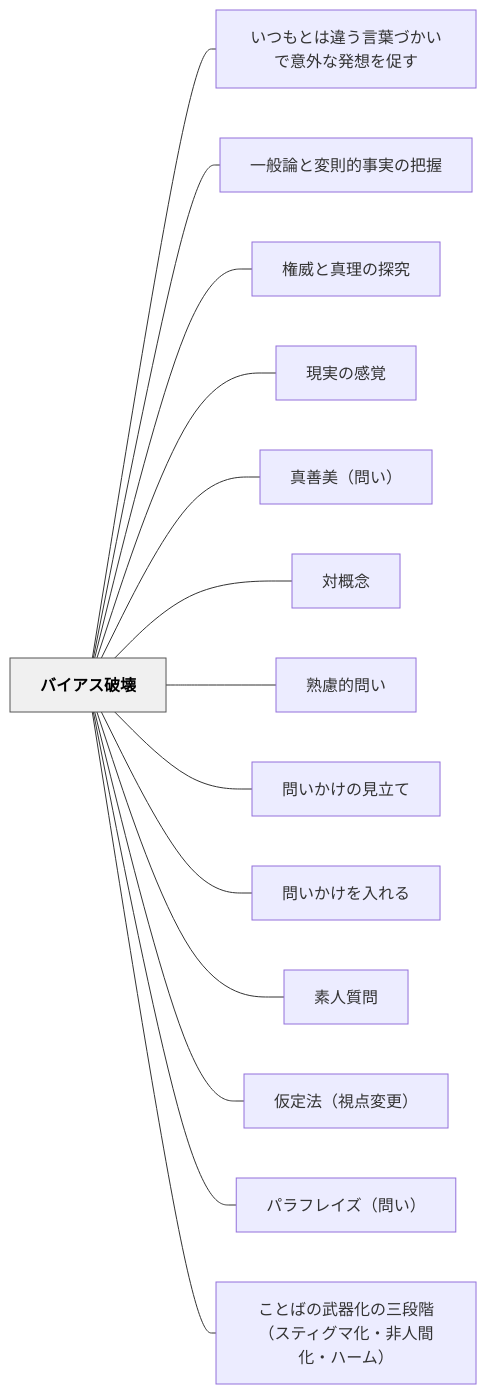
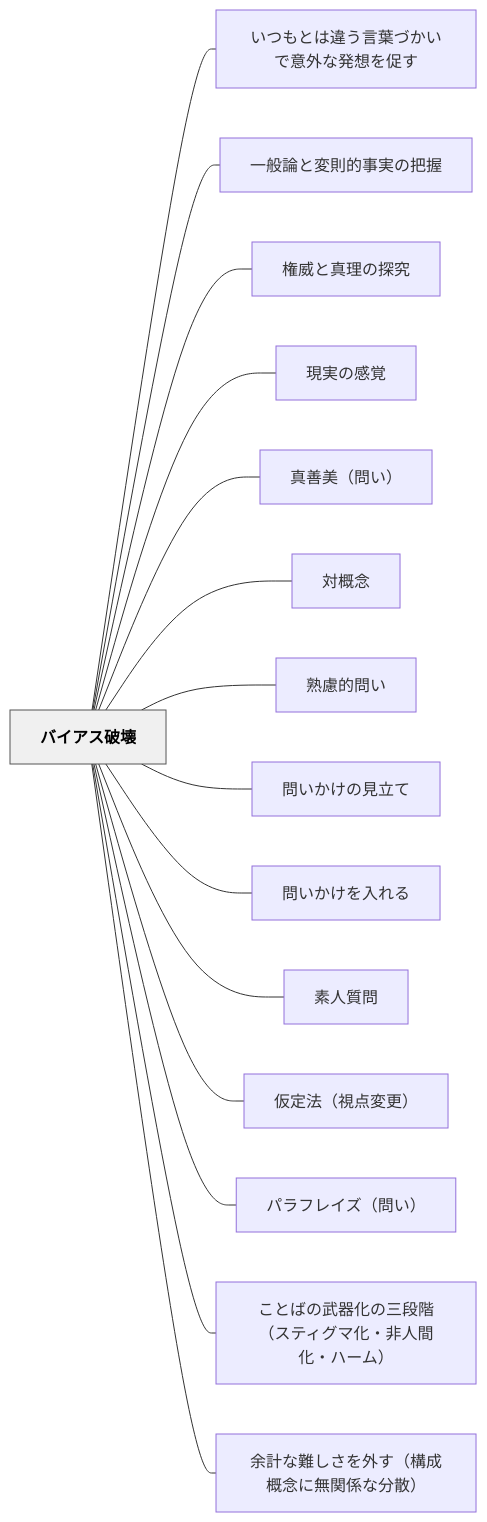
The diagram in content/パタン/バイアス破壊.md (unknownthings-ed-patterns/unknownthings-ed-patterns), drawn with Mermaid before and after one commit. The commit also changed other lines of this file and 22 other files, not shown here.

````diff
--- a/content/パタン/バイアス破壊.md
+++ b/content/パタン/バイアス破壊.md
@@ -85,34 +86,36 @@
 ```mermaid
 flowchart LR
     ne38390e382a4e382a2e382b9e7a0b4e5a38a["バイアス破壊"]
     ne38184e381a4e38282e381a8e381afe98195e38186e8a880e89189e381a5e3818be38184e381a7e6848fe5a496e381aae799bae683b3e38292e4bf83e38199["いつもとは違う言葉づかいで意外な発想を促す"]
     ne4b880e888ace8ab96e381a8e5a489e58987e79a84e4ba8be5ae9fe381aee68a8ae68fa1["一般論と変則的事実の把握"]
     ne6a8a9e5a881e381a8e79c9fe79086e381aee68ea2e7a9b6["権威と真理の探究"]
     ne78fbee5ae9fe381aee6849fe8a69a["現実の感覚"]
     ne79c9fe59684e7be8eefbc88e5958fe38184efbc89["真善美（問い）"]
     ne5afbee6a682e5bfb5["対概念"]
     ne7869fe685aee79a84e5958fe38184["熟慮的問い"]
     ne5958fe38184e3818be38191e381aee8a68be7ab8be381a6["問いかけの見立て"]
     ne5958fe38184e3818be38191e38292e585a5e3828ce3828b["問いかけを入れる"]
     ne7b4a0e4babae8b3aae5958f["素人質問"]
     ne4bbaee5ae9ae6b395efbc88e8a696e782b9e5a489e69bb4efbc89["仮定法（視点変更）"]
     ne38391e383a9e38395e383ace382a4e382baefbc88e5958fe38184efbc89["パラフレイズ（問い）"]
     ne38193e381a8e381b0e381aee6ada6e599a8e58c96e381aee4b889e6aeb5e99a8eefbc88e382b9e38386e382a3e382b0e3839ee58c96e383bbe99d9ee4babae99693e58c96e383bbe3838fe383bce383a0efbc89["ことばの武器化の三段階（スティグマ化・非人間化・ハーム）"]
+    ne4bd99e8a888e381aae99ba3e38197e38195e38292e5a496e38199efbc88e6a78be68890e6a682e5bfb5e381abe784a1e996a2e4bf82e381aae58886e695a3efbc89["余計な難しさを外す（構成概念に無関係な分散）"]
 
     ne38390e382a4e382a2e382b9e7a0b4e5a38a --- ne38184e381a4e38282e381a8e381afe98195e38186e8a880e89189e381a5e3818be38184e381a7e6848fe5a496e381aae799bae683b3e38292e4bf83e38199
     ne38390e382a4e382a2e382b9e7a0b4e5a38a --- ne4b880e888ace8ab96e381a8e5a489e58987e79a84e4ba8be5ae9fe381aee68a8ae68fa1
     ne38390e382a4e382a2e382b9e7a0b4e5a38a --- ne6a8a9e5a881e381a8e79c9fe79086e381aee68ea2e7a9b6
     ne38390e382a4e382a2e382b9e7a0b4e5a38a --- ne78fbee5ae9fe381aee6849fe8a69a
     ne38390e382a4e382a2e382b9e7a0b4e5a38a --- ne79c9fe59684e7be8eefbc88e5958fe38184efbc89
     ne38390e382a4e382a2e382b9e7a0b4e5a38a --- ne5afbee6a682e5bfb5
     ne38390e382a4e382a2e382b9e7a0b4e5a38a --- ne7869fe685aee79a84e5958fe38184
     ne38390e382a4e382a2e382b9e7a0b4e5a38a --- ne5958fe38184e3818be38191e381aee8a68be7ab8be381a6
     ne38390e382a4e382a2e382b9e7a0b4e5a38a --- ne5958fe38184e3818be38191e38292e585a5e3828ce3828b
     ne38390e382a4e382a2e382b9e7a0b4e5a38a --- ne7b4a0e4babae8b3aae5958f
     ne38390e382a4e382a2e382b9e7a0b4e5a38a --- ne4bbaee5ae9ae6b395efbc88e8a696e782b9e5a489e69bb4efbc89
     ne38390e382a4e382a2e382b9e7a0b4e5a38a --- ne38391e383a9e38395e383ace382a4e382baefbc88e5958fe38184efbc89
     ne38390e382a4e382a2e382b9e7a0b4e5a38a --- ne38193e381a8e381b0e381aee6ada6e599a8e58c96e381aee4b889e6aeb5e99a8eefbc88e382b9e38386e382a3e382b0e3839ee58c96e383bbe99d9ee4babae99693e58c96e383bbe3838fe383bce383a0efbc89
+    ne38390e382a4e382a2e382b9e7a0b4e5a38a --- ne4bd99e8a888e381aae99ba3e38197e38195e38292e5a496e38199efbc88e6a78be68890e6a682e5bfb5e381abe784a1e996a2e4bf82e381aae58886e695a3efbc89
 
     classDef hub fill:#f0f0f0,stroke:#555,color:#000,font-weight:bold
     class ne38390e382a4e382a2e382b9e7a0b4e5a38a hub
 ```
````
